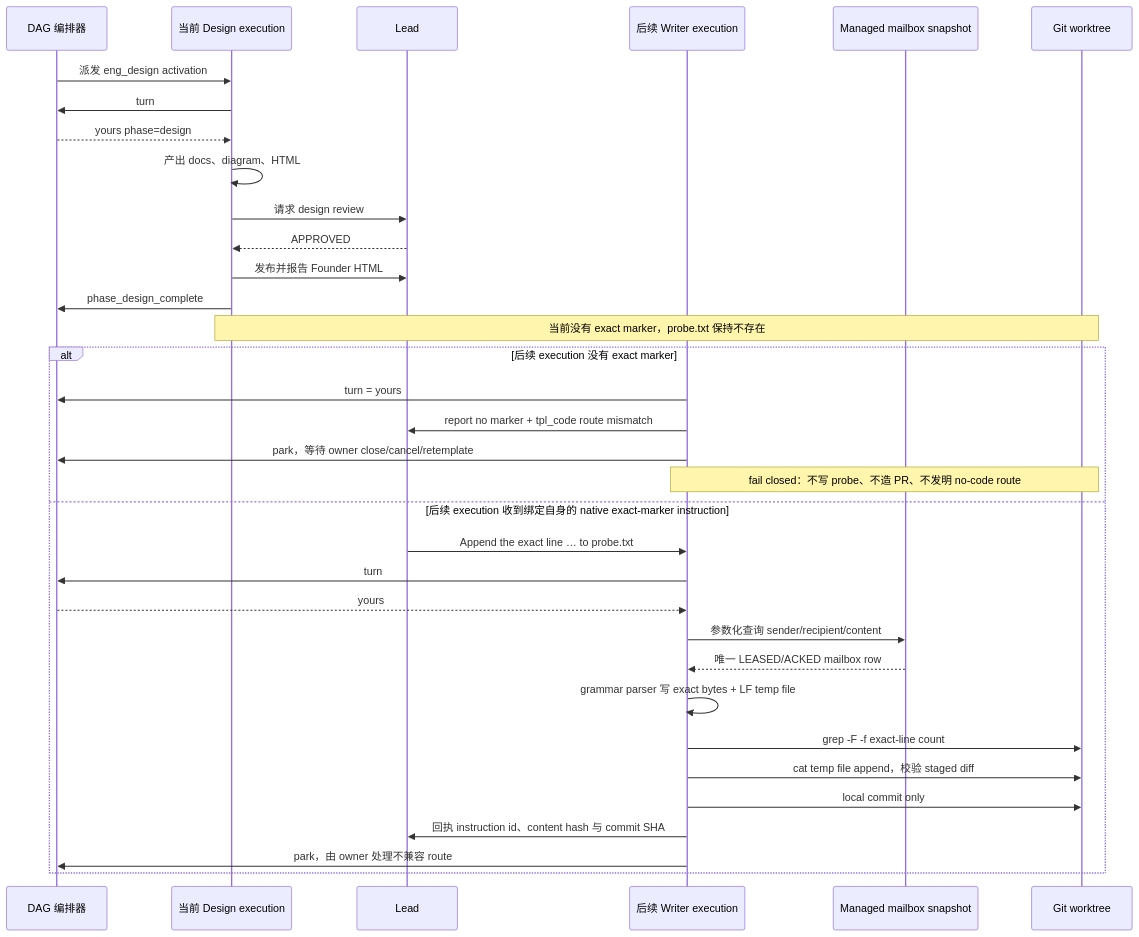
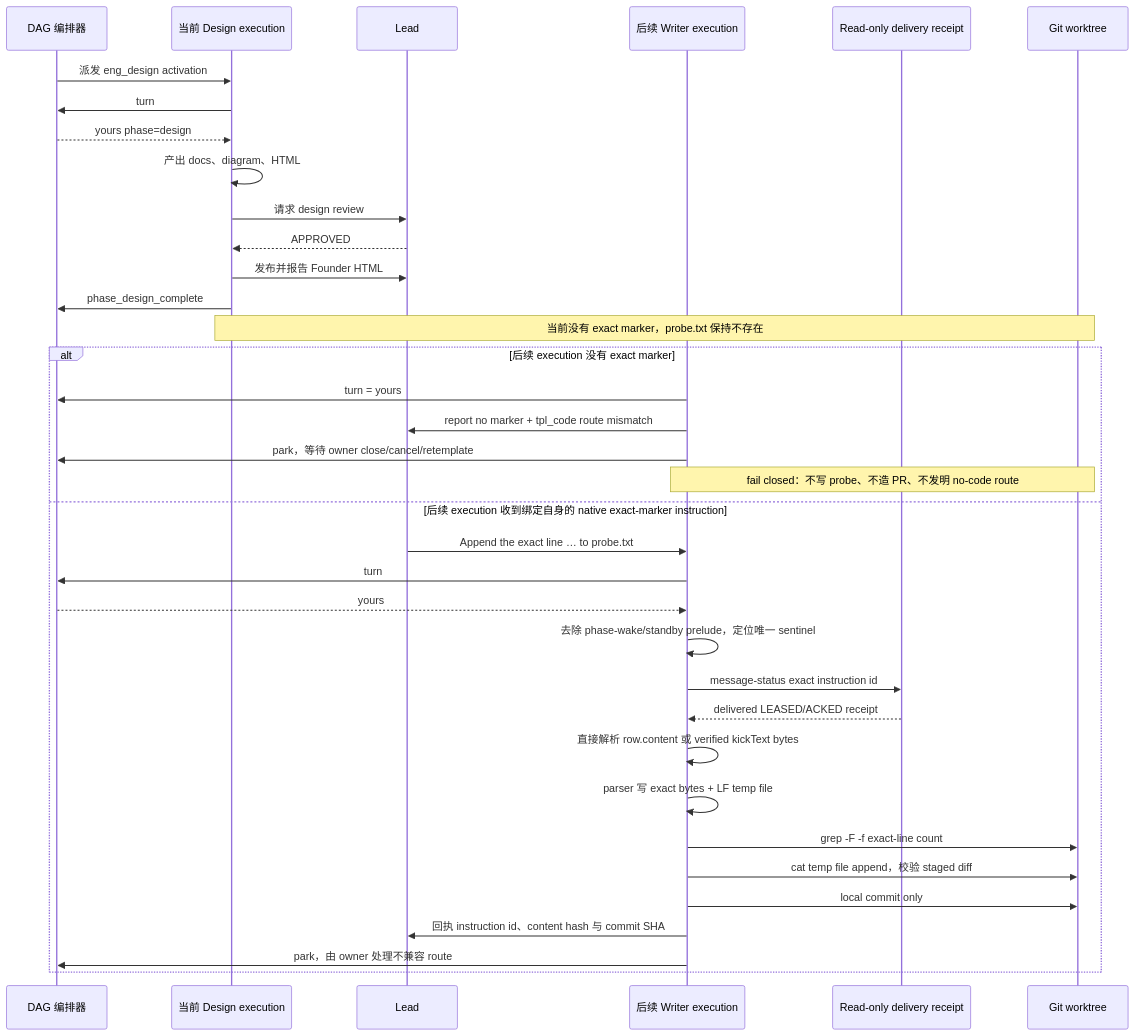
One commit to xrliAnnie/flywheel-qa-sandbox changed the diagram in engineering/doc/FLY-3125-native-transport-canary/core-flow.mmd. Above: the diagram before and after it, drawn with Mermaid. The commit also changed 6 other files, not shown here.

```diff
--- a/engineering/doc/FLY-3125-native-transport-canary/core-flow.mmd
+++ b/engineering/doc/FLY-3125-native-transport-canary/core-flow.mmd
@@ -1,36 +1,38 @@
 sequenceDiagram
     participant O as DAG 编排器
     participant D as 当前 Design execution
     participant L as Lead
     participant W as 后续 Writer execution
-    participant S as Managed mailbox snapshot
+    participant E as Read-only delivery receipt
     participant G as Git worktree
 
     O->>D: 派发 eng_design activation
     D->>O: turn
     O-->>D: yours phase=design
     D->>D: 产出 docs、diagram、HTML
     D->>L: 请求 design review
     L-->>D: APPROVED
     D->>L: 发布并报告 Founder HTML
     D->>O: phase_design_complete
     Note over D,G: 当前没有 exact marker，probe.txt 保持不存在
 
     alt 后续 execution 没有 exact marker
         W->>O: turn = yours
         W->>L: report no marker + tpl_code route mismatch
         W->>O: park，等待 owner close/cancel/retemplate
         Note over W,G: fail closed：不写 probe、不造 PR、不发明 no-code route
     else 后续 execution 收到绑定自身的 native exact-marker instruction
         L->>W: Append the exact line … to probe.txt
         W->>O: turn
         O-->>W: yours
-        W->>S: 参数化查询 sender/recipient/content
-        S-->>W: 唯一 LEASED/ACKED mailbox row
-        W->>W: grammar parser 写 exact bytes + LF temp file
+        W->>W: 去除 phase-wake/standby prelude，定位唯一 sentinel
+        W->>E: message-status exact instruction id
+        E-->>W: delivered LEASED/ACKED receipt
+        W->>W: 直接解析 row.content 或 verified kickText bytes
+        W->>W: parser 写 exact bytes + LF temp file
         W->>G: grep -F -f exact-line count
         W->>G: cat temp file append，校验 staged diff
         W->>G: local commit only
         W->>L: 回执 instruction id、content hash 与 commit SHA
         W->>O: park，由 owner 处理不兼容 route
     end
```
